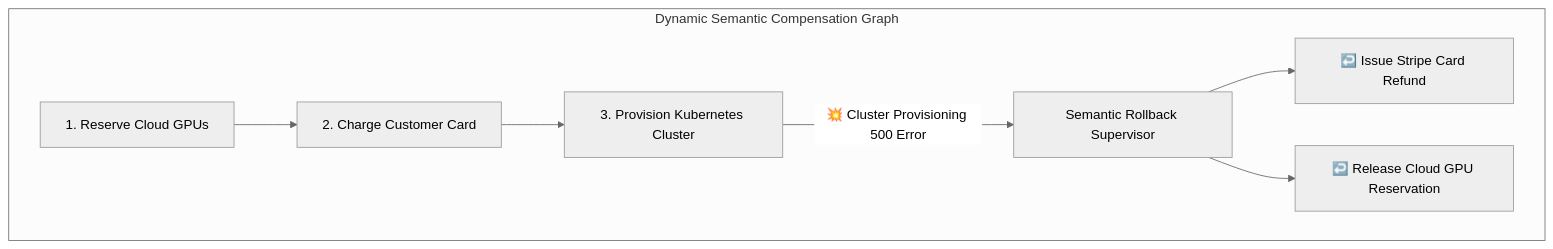
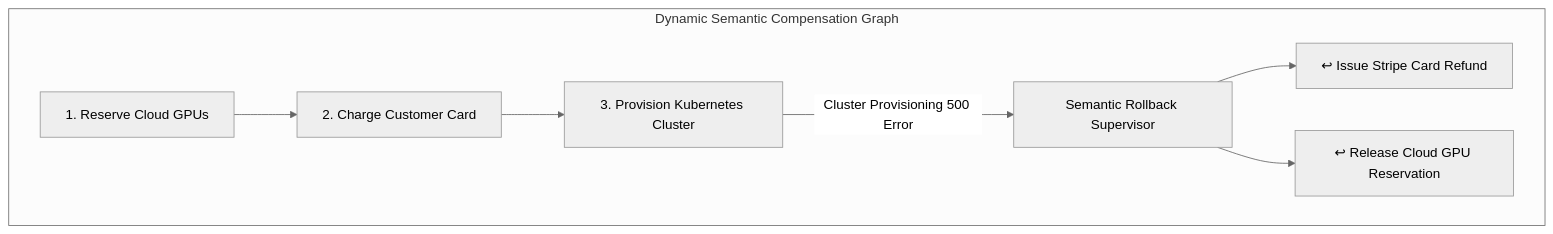
One commit to akmalkhaniub/akmalkhaniub.github.io changed the third of 3 diagrams in blog/posts/blueprint-production-ai-agent-swarms-10-architectural-principles.md. Above: the diagram before and after it, drawn with Mermaid (neutral theme). The commit also changed other lines of this file and 411 other files, not shown here.

````diff
--- a/blog/posts/blueprint-production-ai-agent-swarms-10-architectural-principles.md
+++ b/blog/posts/blueprint-production-ai-agent-swarms-10-architectural-principles.md
@@ -130,11 +130,11 @@
 ```mermaid
-graph TD
+flowchart TD
   subgraph SG2_DynamicSemanticCompensation ["Dynamic Semantic Compensation Graph"]
     Step1[1. Reserve Cloud GPUs] --> Step2[2. Charge Customer Card]
     Step2 --> Step3[3. Provision Kubernetes Cluster]
-    Step3 -->|💥 Cluster Provisioning 500 Error| RollbackManager[Semantic Rollback Supervisor]
+    Step3 -->|Cluster Provisioning 500 Error| RollbackManager[Semantic Rollback Supervisor]
     
-    RollbackManager --> Comp2[↩️ Issue Stripe Card Refund]
-    RollbackManager --> Comp1[↩️ Release Cloud GPU Reservation]
+    RollbackManager --> Comp2[↩ Issue Stripe Card Refund]
+    RollbackManager --> Comp1[↩ Release Cloud GPU Reservation]
   end
 ```
````
